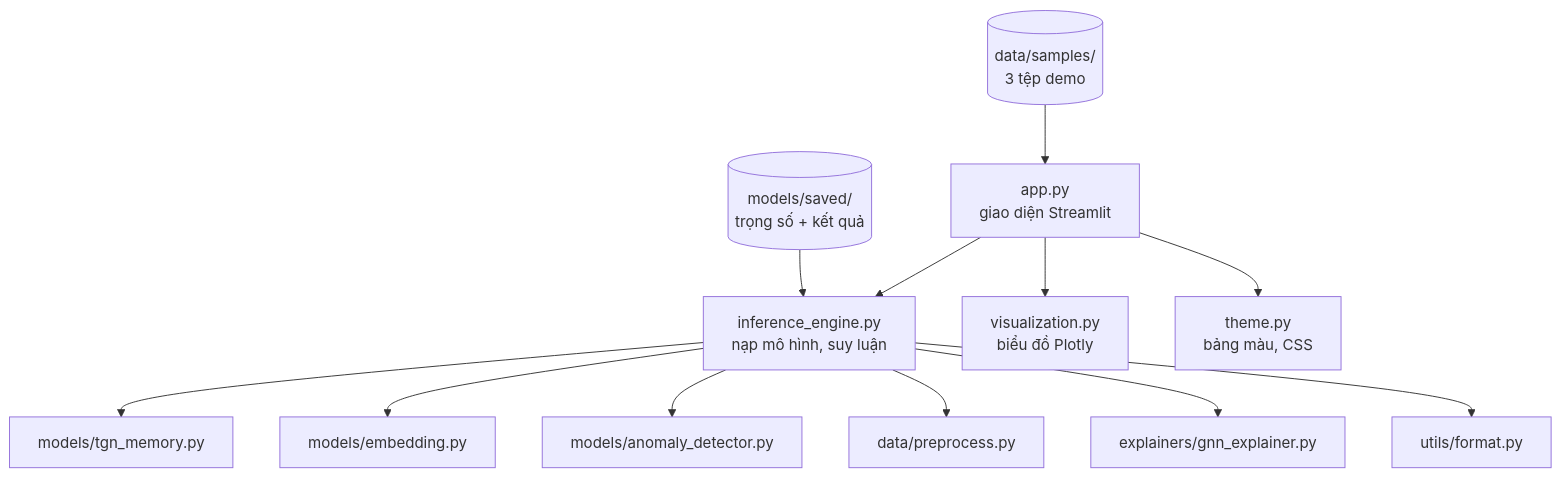
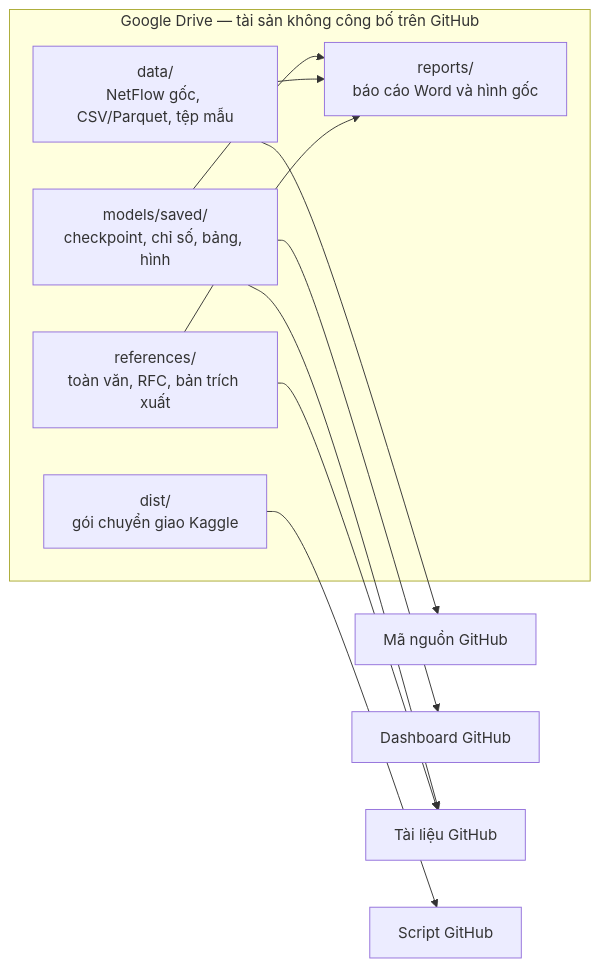
One commit to C0xff/TGN-NIDS changed the second of 2 diagrams in docs/SO_DO_KIEN_TRUC_DU_AN.md. Above: the diagram before and after it, drawn with Mermaid. The commit also changed other lines of this file and 9 other files, not shown here.

Commit message:
Điều chỉnh tài liệu cho GitHub và Drive

````diff
--- a/docs/SO_DO_KIEN_TRUC_DU_AN.md
+++ b/docs/SO_DO_KIEN_TRUC_DU_AN.md
@@ -113,24 +33,19 @@
 ```mermaid
-flowchart TD
-    SAVED[("models/saved/<br/>trọng số + kết quả")]
-    DEMO[("data/samples/<br/>3 tệp demo")]
+flowchart LR
+    subgraph DRIVE["Google Drive — tài sản không công bố trên GitHub"]
+        DATA["data/<br/>NetFlow gốc, CSV/Parquet, tệp mẫu"]
+        SAVED["models/saved/<br/>checkpoint, chỉ số, bảng, hình"]
+        DIST["dist/<br/>gói chuyển giao Kaggle"]
+        REFS["references/<br/>toàn văn, RFC, bản trích xuất"]
+        REPORTS["reports/<br/>báo cáo Word và hình gốc"]
+    end
 
-    APP["app.py<br/>giao diện Streamlit"]
-    IE["inference_engine.py<br/>nạp mô hình, suy luận"]
-    VIZ["visualization.py<br/>biểu đồ Plotly"]
-    THEME["theme.py<br/>bảng màu, CSS"]
-
-    MEM2["models/tgn_memory.py"]
-    EMB2["models/embedding.py"]
-    DET2["models/anomaly_detector.py"]
-    PREP2["data/preprocess.py"]
-    TGNX2["explainers/gnn_explainer.py"]
-
-    FMT2["utils/format.py"]
-
-    APP --> IE & VIZ & THEME
-    SAVED --> IE
-    DEMO --> APP
-    IE --> MEM2 & EMB2 & DET2 & PREP2 & TGNX2
-    IE --> FMT2
+    DATA --> SRC["Mã nguồn GitHub"]
+    SAVED --> APP["Dashboard GitHub"]
+    SAVED --> DOCS["Tài liệu GitHub"]
+    REFS --> DOCS
+    DIST --> SCRIPTS["Script GitHub"]
+    SAVED --> REPORTS
+    DATA --> REPORTS
+    REFS --> REPORTS
 ```
````
